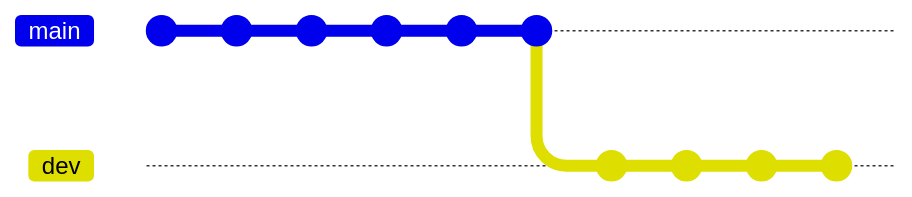
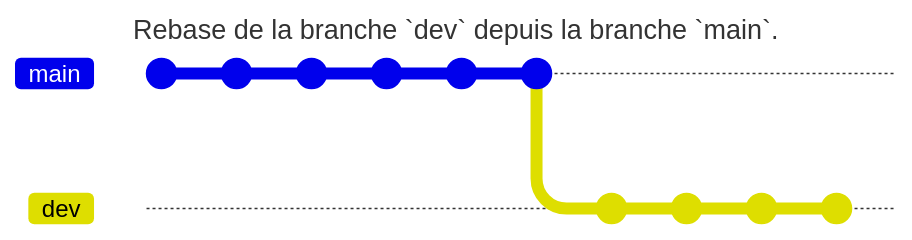
Before and after one commit to tavenel/website: the seventh of 16 diagrams in src/pages/cours/git/git-cours.md, drawn with Mermaid. The commit also changed other lines of this file and 2 other files, not shown here. Commit ids are hidden.

Commit message:
fix mermaid diagrams

````diff
--- a/src/pages/cours/git/git-cours.md
+++ b/src/pages/cours/git/git-cours.md
@@ -388,14 +394,18 @@
 ```mermaid
+---
+title: Rebase de la branche `dev` depuis la branche `main`.
+---
+
 gitGraph
 commit
 commit
 commit
 commit
 commit
 commit
 branch dev
 commit
 commit
 commit
 commit
 ```
````
